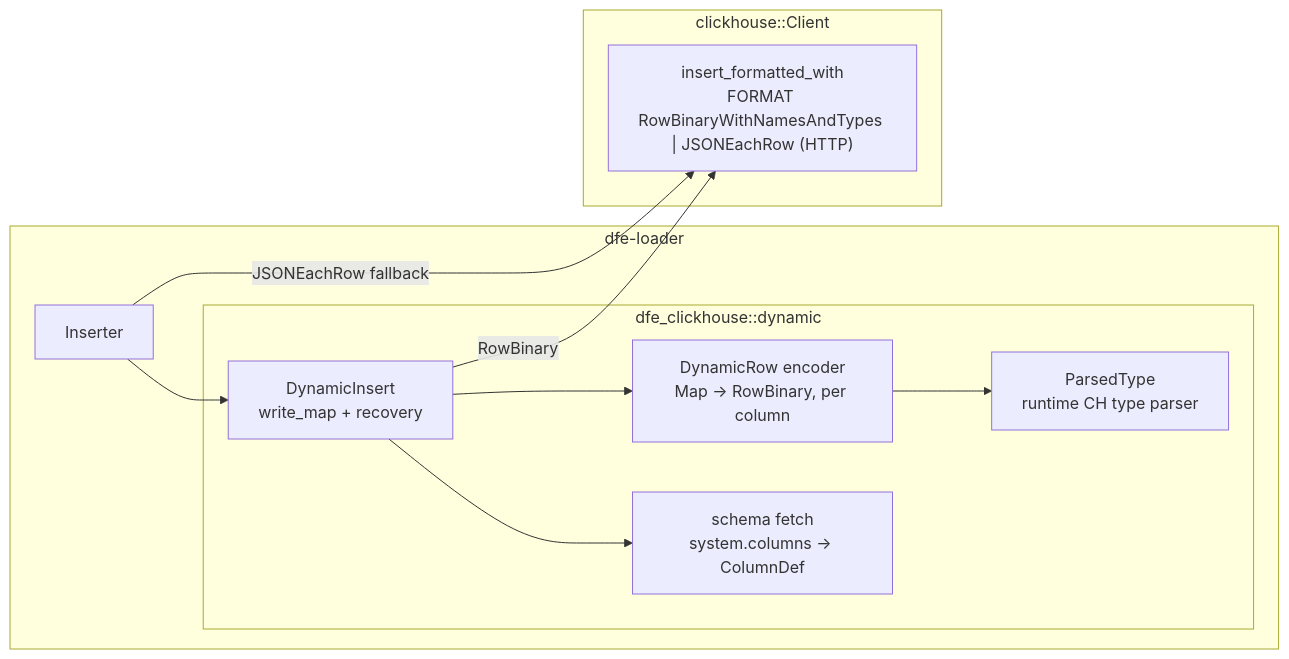
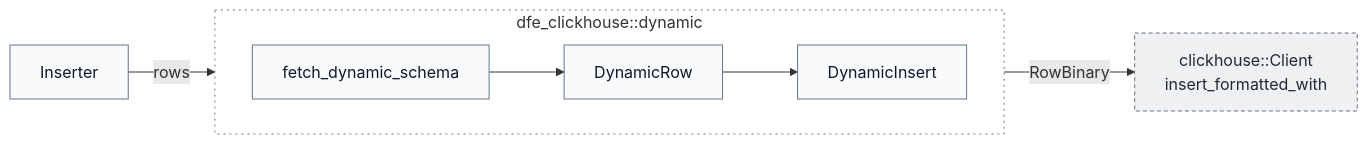
Before and after one commit to hyperi-io/dfe-loader: the second of 3 diagrams in docs/architecture.md, drawn with Mermaid. The commit also changed other lines of this file and 33 other files, not shown here.

First line of the commit message:
docs(loader): fix Eleven claims and redraw diagrams

````diff
--- a/docs/architecture.md
+++ b/docs/architecture.md
@@ -68,21 +79,23 @@
 ```mermaid
 flowchart LR
-    subgraph loader["dfe-loader"]
-        INS["Inserter"]
-        subgraph ext["dfe_clickhouse::dynamic"]
-            PT["ParsedType<br/>runtime CH type parser"]
-            ENC["DynamicRow encoder<br/>Map -> RowBinary, per column"]
-            SCH["schema fetch<br/>system.columns -> ColumnDef"]
-            DI["DynamicInsert<br/>write_map + recovery"]
-        end
-    end
-    subgraph client["clickhouse::Client"]
-        IFW["insert_formatted_with<br/>FORMAT RowBinaryWithNamesAndTypes | JSONEachRow (HTTP)"]
+    accTitle: L4 Detail -- Dynamic insert
+    accDescr: The Inserter hands rows to dfe_clickhouse's dynamic module. It reads the table's schema from system.columns, encodes each row against it with DynamicRow, and DynamicInsert sends the RowBinary through the clickhouse crate's insert_formatted_with.
+
+    inserter["Inserter"]
+
+    subgraph dynamic["dfe_clickhouse::dynamic"]
+        direction LR
+        schema["fetch_dynamic_schema"] --> encode["DynamicRow"] --> send["DynamicInsert"]
     end
 
-    INS --> DI
-    DI --> ENC --> PT
-    DI --> SCH
-    DI -->|RowBinary| IFW
-    INS -->|JSONEachRow fallback| IFW
+    client["clickhouse::Client<br/>insert_formatted_with"]
+
+    inserter -->|rows| dynamic
+    dynamic -->|RowBinary| client
+
+    classDef default fill:#F8FAFC,stroke:#64748B,stroke-width:1px,color:#0F172A
+    classDef ext fill:#EEF0F2,stroke:#6B7280,stroke-width:1px,stroke-dasharray:4 3,color:#1F2937
+    classDef group fill:none,stroke:#64748B,stroke-width:1px,stroke-dasharray:2 4
+    class client ext
+    class dynamic group
 ```
````
